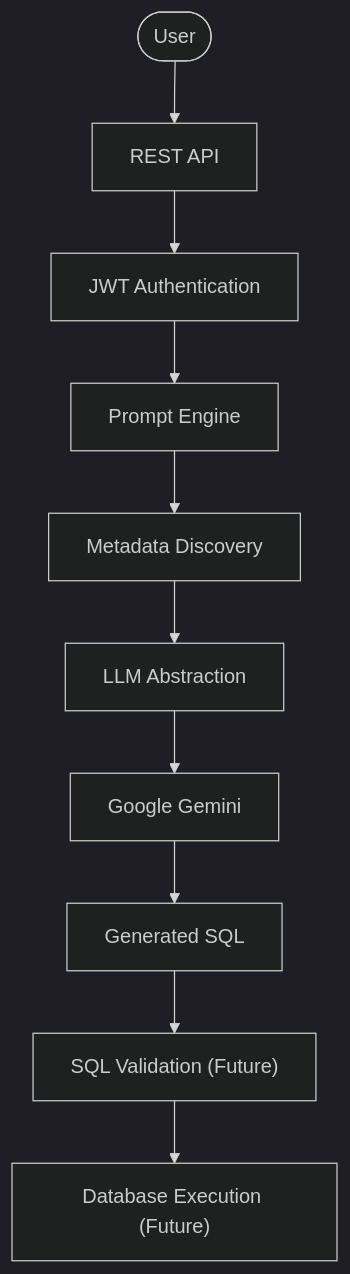
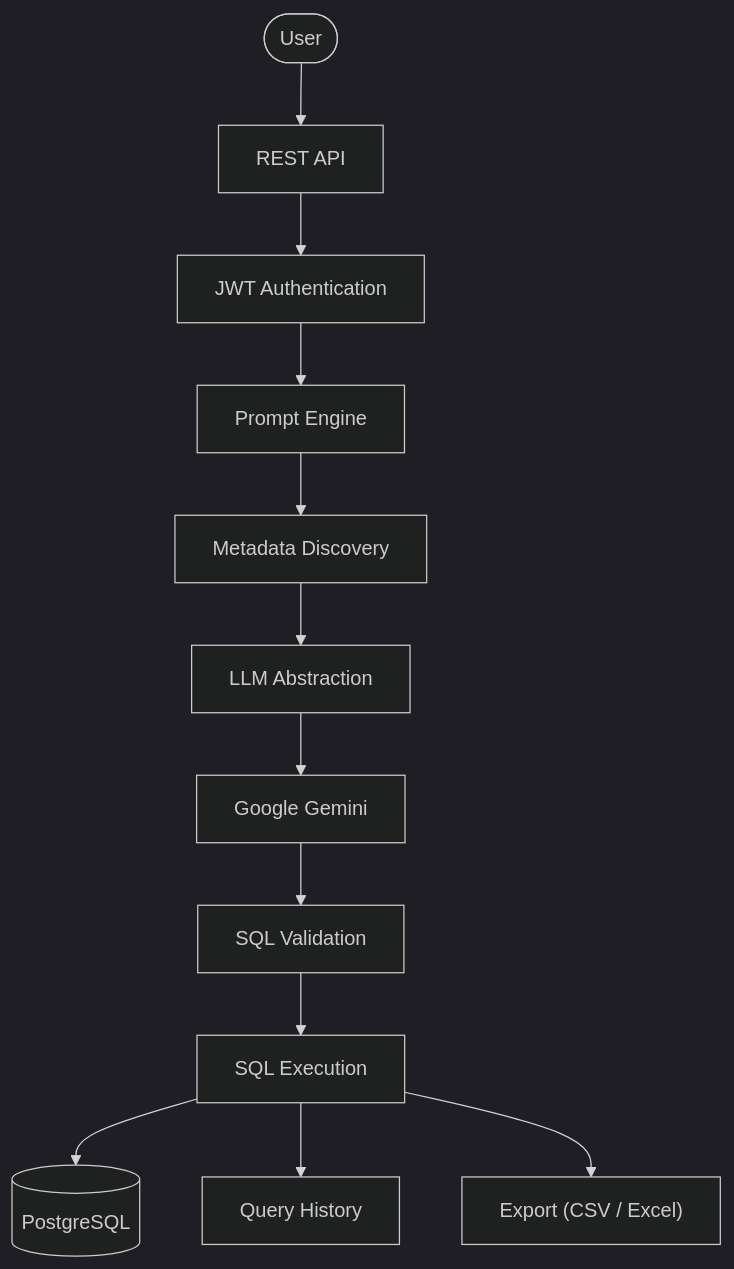
One commit to the-illuminatus/QueryPilot-DataEngineering changed the first of 3 diagrams in README.md. Above: the diagram before and after it, drawn with Mermaid (dark theme). The commit also changed other lines of this file, not shown here.

````diff
--- a/README.md
+++ b/README.md
@@ -73,12 +81,14 @@
 ```mermaid
 flowchart TD
     User([User]) --> API[REST API]
     API --> JWT[JWT Authentication]
     JWT --> Prompt[Prompt Engine]
     Prompt --> Metadata[Metadata Discovery]
     Metadata --> LLM[LLM Abstraction]
     LLM --> Gemini[Google Gemini]
-    Gemini --> SQL[Generated SQL]
-    SQL --> Validator["SQL Validation (Future)"]
-    Validator --> Execution["Database Execution (Future)"]
+    Gemini --> Validator[SQL Validation]
+    Validator --> Execution[SQL Execution]
+    Execution --> DB[(PostgreSQL)]
+    Execution --> History[Query History]
+    Execution --> Export["Export (CSV / Excel)"]
 ```
````
